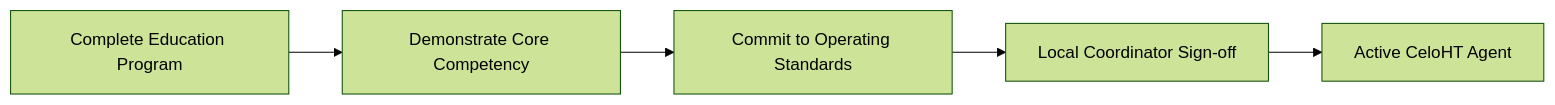
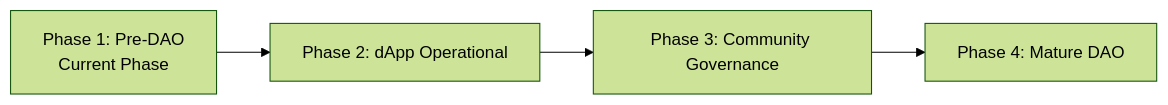
One commit to Celo-HaiTi/CeloHT changed diagram 12 of 21 in WHITEPAPER.md. Above: the diagram before and after it, drawn with Mermaid (forest theme). The commit also changed other lines of this file, not shown here.

````diff
--- a/WHITEPAPER.md
+++ b/WHITEPAPER.md
@@ -419,7 +687,6 @@
 ```mermaid
 flowchart LR
-    A[Complete Education Program] --> B[Demonstrate Core Competency]
-    B --> C[Commit to Operating Standards]
-    C --> D[Local Coordinator Sign-off]
-    D --> E[Active CeloHT Agent]
+    A[Phase 1: Pre-DAO<br/>Current Phase] --> B[Phase 2: dApp Operational]
+    B --> C[Phase 3: Community Governance]
+    C --> D[Phase 4: Mature DAO]
 ```
````
